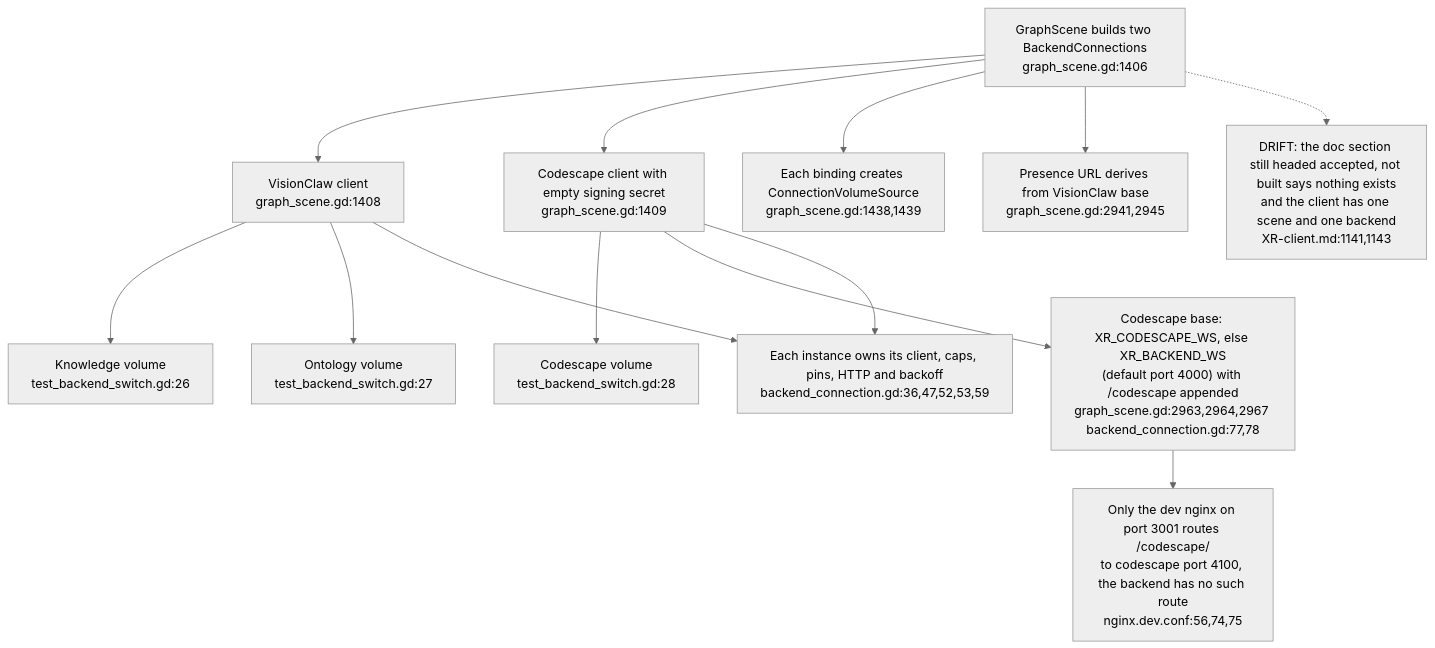
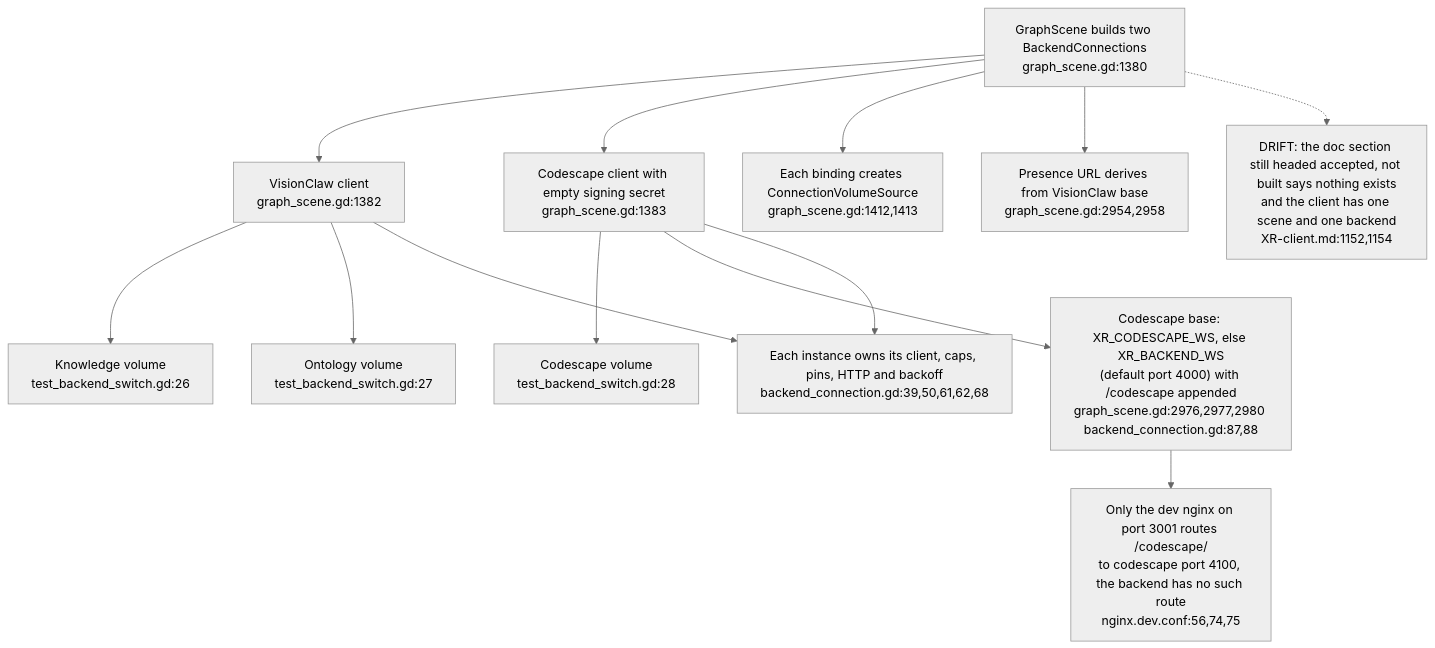
The first of 4 diagrams in docs/diagrams/visionclaw/44-xr-concurrent-backend-connections.md (DreamLab-AI/VisionFlow), drawn with Mermaid (neutral theme) before and after one commit. The commit also changed other lines of this file and 24 other files, not shown here.

Commit message:
docs: align XR liveness, filtering and rendering diagrams (#33)

````diff
--- a/docs/diagrams/visionclaw/44-xr-concurrent-backend-connections.md
+++ b/docs/diagrams/visionclaw/44-xr-concurrent-backend-connections.md
@@ -31,15 +34,15 @@
 ```mermaid
 flowchart TD
-    SC["GraphScene builds two BackendConnections<br/>graph_scene.gd:1406"] --> VC["VisionClaw client<br/>graph_scene.gd:1408"]
-    SC --> CS["Codescape client with empty signing secret<br/>graph_scene.gd:1409"]
+    SC["GraphScene builds two BackendConnections<br/>graph_scene.gd:1380"] --> VC["VisionClaw client<br/>graph_scene.gd:1382"]
+    SC --> CS["Codescape client with empty signing secret<br/>graph_scene.gd:1383"]
     VC --> K["Knowledge volume<br/>test_backend_switch.gd:26"]
     VC --> O["Ontology volume<br/>test_backend_switch.gd:27"]
     CS --> C["Codescape volume<br/>test_backend_switch.gd:28"]
-    SC --> SRC["Each binding creates ConnectionVolumeSource<br/>graph_scene.gd:1438,1439"]
-    SC --> PR["Presence URL derives from VisionClaw base<br/>graph_scene.gd:2941,2945"]
-    CS --> CSB["Codescape base: XR_CODESCAPE_WS, else XR_BACKEND_WS<br/>(default port 4000) with /codescape appended<br/>graph_scene.gd:2963,2964,2967 backend_connection.gd:77,78"]
+    SC --> SRC["Each binding creates ConnectionVolumeSource<br/>graph_scene.gd:1412,1413"]
+    SC --> PR["Presence URL derives from VisionClaw base<br/>graph_scene.gd:2954,2958"]
+    CS --> CSB["Codescape base: XR_CODESCAPE_WS, else XR_BACKEND_WS<br/>(default port 4000) with /codescape appended<br/>graph_scene.gd:2976,2977,2980 backend_connection.gd:87,88"]
     CSB --> NGX["Only the dev nginx on port 3001 routes /codescape/<br/>to codescape port 4100, the backend has no such route<br/>nginx.dev.conf:56,74,75"]
-    CS --> OWN["Each instance owns its client, caps, pins, HTTP and backoff<br/>backend_connection.gd:36,47,52,53,59"]
+    CS --> OWN["Each instance owns its client, caps, pins, HTTP and backoff<br/>backend_connection.gd:39,50,61,62,68"]
     VC --> OWN
-    SC -.-> D44["DRIFT: the doc section still headed accepted, not built says nothing exists<br/>and the client has one scene and one backend<br/>XR-client.md:1141,1143"]
+    SC -.-> D44["DRIFT: the doc section still headed accepted, not built says nothing exists<br/>and the client has one scene and one backend<br/>XR-client.md:1152,1154"]
 ```
````
